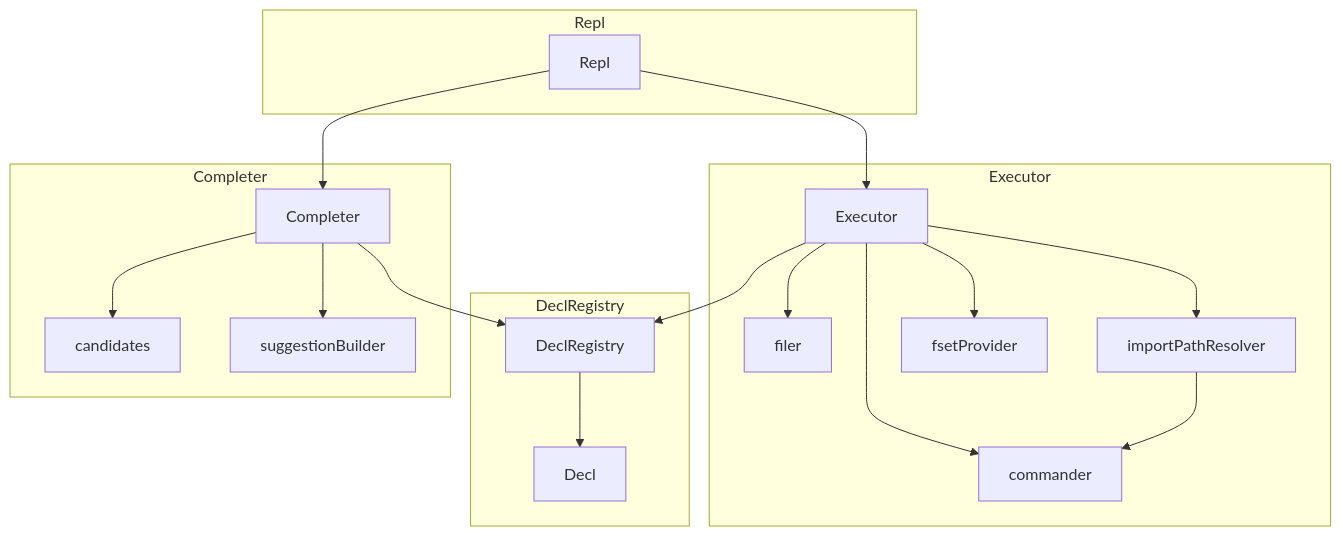
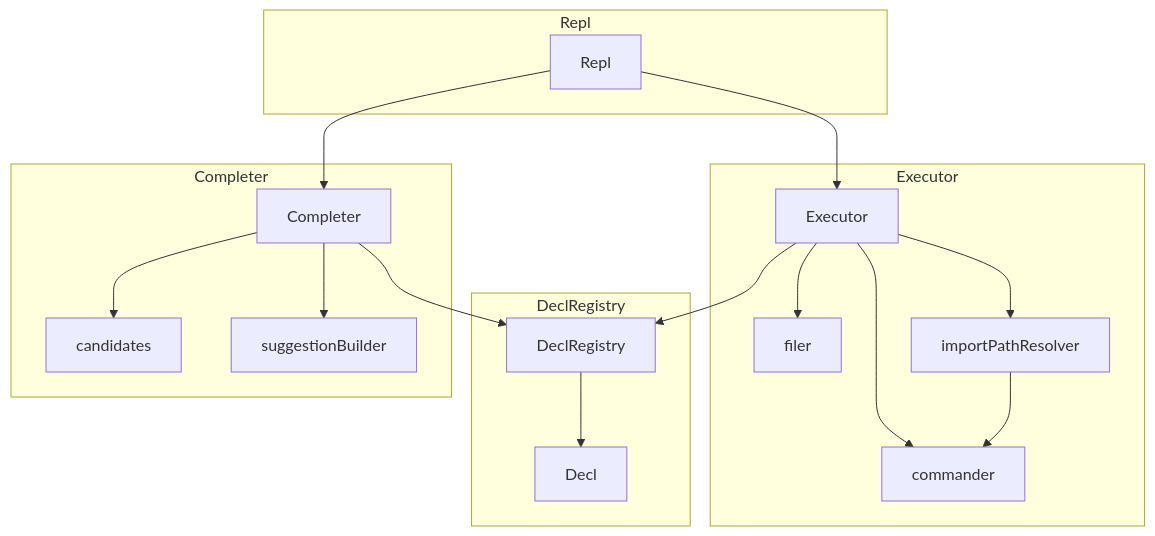
One commit to kakkky/gonsole changed the diagram in docs/ARCHITECTURE.md. Above: the diagram before and after it, drawn with Mermaid. The commit also changed other lines of this file and 4 other files, not shown here.

Commit message:
🔥 Remove fsetProvider

````diff
--- a/docs/ARCHITECTURE.md
+++ b/docs/ARCHITECTURE.md
@@ -4,35 +4,33 @@
 ```mermaid
 graph TD
     subgraph Repl
         REPL[Repl]
     end
     subgraph Executor
         EXEC[Executor]
         FILER[filer]
         IMPORTRESOLVER[importPathResolver]
-        FSETPROVIDER[fsetProvider]
         COMMANDER[commander]
     end
     subgraph DeclRegistry
         DECLREG[DeclRegistry]
         DECL[Decl]
     end
     subgraph Completer
         COMPLETER[Completer]
         CANDIDATES[candidates]
         SUGGESTION[suggestionBuilder]
     end
 
     REPL --> EXEC
     REPL --> COMPLETER
     EXEC --> FILER
     EXEC --> IMPORTRESOLVER
-    EXEC --> FSETPROVIDER
     EXEC --> COMMANDER
     EXEC --> DECLREG
     IMPORTRESOLVER --> COMMANDER
     COMPLETER --> CANDIDATES
     COMPLETER --> SUGGESTION
     COMPLETER --> DECLREG
     DECLREG --> DECL
 ```
````
